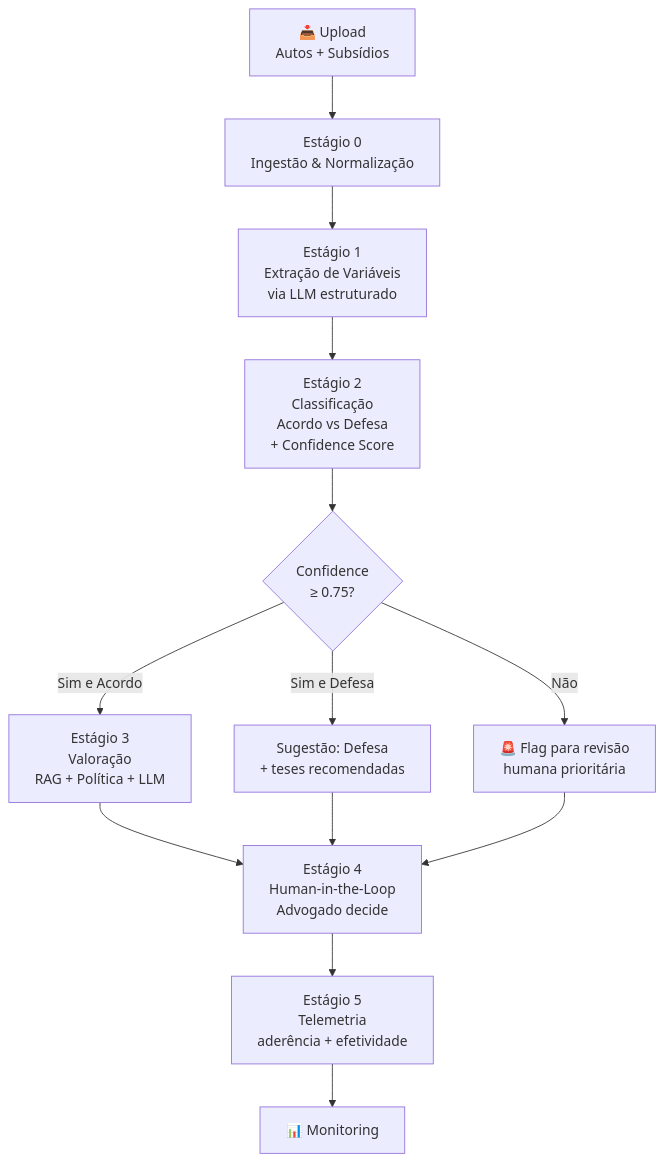
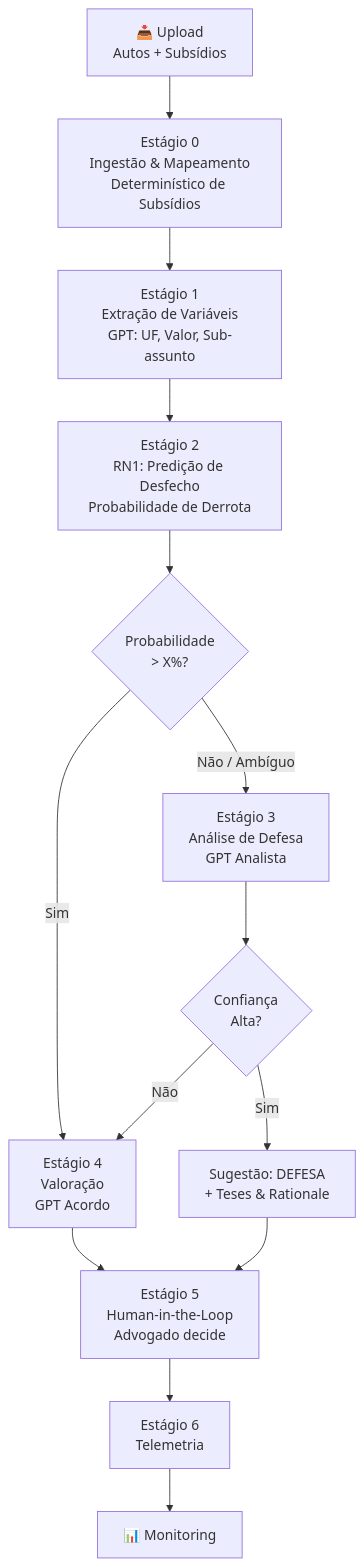
One commit to Gr-moura/hackathon-ufmg-2026-grupo10 changed the second of 4 diagrams in DEVELOPMENT_CONTEXT.md. Above: the diagram before and after it, drawn with Mermaid. The commit also changed other lines of this file and 1 other file, not shown here.

Commit message:
docs(ai): atualiza pipeline de decisão para modelo híbrido GPT+RN1

````diff
--- a/DEVELOPMENT_CONTEXT.md
+++ b/DEVELOPMENT_CONTEXT.md
@@ -102,15 +102,16 @@
 ```mermaid
 flowchart TB
-    A[📥 Upload<br/>Autos + Subsídios] --> B[Estágio 0<br/>Ingestão & Normalização]
-    B --> C[Estágio 1<br/>Extração de Variáveis<br/>via LLM estruturado]
-    C --> D[Estágio 2<br/>Classificação<br/>Acordo vs Defesa<br/>+ Confidence Score]
-    D --> E{Confidence<br/>≥ 0.75?}
-    E -->|Sim e Acordo| F[Estágio 3<br/>Valoração<br/>RAG + Política + LLM]
-    E -->|Sim e Defesa| G[Sugestão: Defesa<br/>+ teses recomendadas]
-    E -->|Não| H[🚨 Flag para revisão<br/>humana prioritária]
-    F --> I[Estágio 4<br/>Human-in-the-Loop<br/>Advogado decide]
-    G --> I
-    H --> I
-    I --> J[Estágio 5<br/>Telemetria<br/>aderência + efetividade]
-    J --> K[📊 Monitoring]
+    A[📥 Upload<br/>Autos + Subsídios] --> B[Estágio 0<br/>Ingestão & Mapeamento<br/>Determinístico de Subsídios]
+    B --> C[Estágio 1<br/>Extração de Variáveis<br/>GPT: UF, Valor, Sub-assunto]
+    C --> D[Estágio 2<br/>RN1: Predição de Desfecho<br/>Probabilidade de Derrota]
+    D --> E{Probabilidade<br/>> X%?}
+    E -->|Sim| F[Estágio 4<br/>Valoração<br/>GPT Acordo]
+    E -->|Não / Ambíguo| G[Estágio 3<br/>Análise de Defesa<br/>GPT Analista]
+    G --> H{Confiança<br/>Alta?}
+    H -->|Sim| I[Sugestão: DEFESA<br/>+ Teses & Rationale]
+    H -->|Não| F
+    F --> J[Estágio 5<br/>Human-in-the-Loop<br/>Advogado decide]
+    I --> J
+    J --> K[Estágio 6<br/>Telemetria]
+    K --> L[📊 Monitoring]
 ```
````
